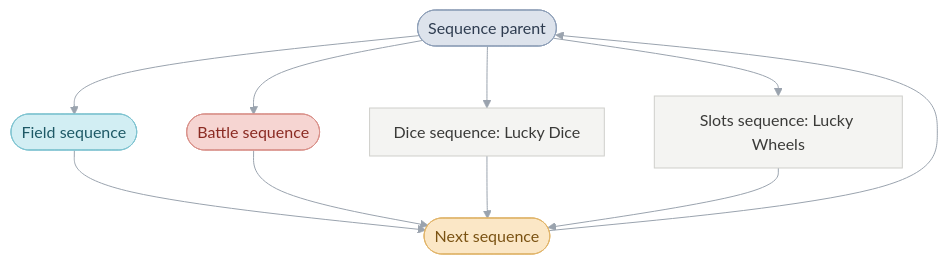
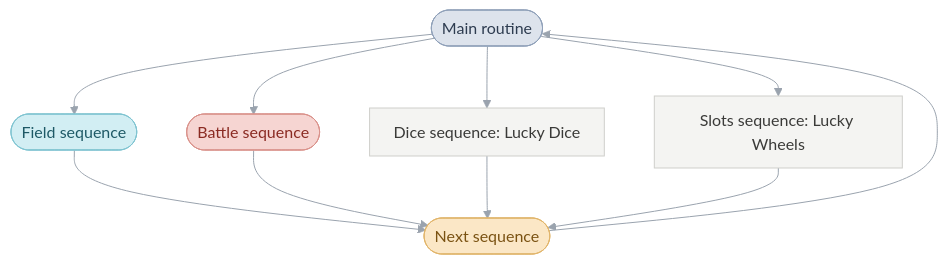
The third of 9 diagrams in games/tbs/README.md (PascalPixel/alchemy), drawn with Mermaid before and after one commit. The commit also changed other lines of this file and 1982 other files, not shown here.

First line of the commit message:
MainRoutine_Run: the main routine, the period's メインルーチン

````diff
--- a/games/tbs/README.md
+++ b/games/tbs/README.md
@@ -112,18 +112,18 @@
 ```mermaid
 %%{init: {"theme": "base", "themeVariables": {"lineColor": "#9AA3AE", "edgeLabelBackground": "#FFFFFF"}, "flowchart": {"curve": "basis", "padding": 12}}}%%
 flowchart TD
-  loop(["Sequence parent"]) --> scene(["Field sequence"]) & battle(["Battle sequence"]) & dice["Dice sequence: Lucky Dice"] & wheels["Slots sequence: Lucky Wheels"]
+  loop(["Main routine"]) --> scene(["Field sequence"]) & battle(["Battle sequence"]) & dice["Dice sequence: Lucky Dice"] & wheels["Slots sequence: Lucky Wheels"]
   scene & battle & dice & wheels --> back(["Next sequence"])
   back --> loop
-  classDef sequenceParent fill:#DDE3EC,stroke:#8FA0B8,color:#2E3C50
+  classDef mainRoutine fill:#DDE3EC,stroke:#8FA0B8,color:#2E3C50
   classDef fieldSequence fill:#D2EEF3,stroke:#7FC3D0,color:#1E5966
   classDef battle fill:#F6D5D2,stroke:#D9928B,color:#8A2A22
   classDef sceneLoop fill:#D3EBD9,stroke:#8DC49E,color:#25603A
   classDef request fill:#FBE7C6,stroke:#E0B46A,color:#7A5212
   classDef step fill:#F4F4F2,stroke:#CFCFCB,color:#3A3A38
-  class loop sequenceParent
+  class loop mainRoutine
   class scene fieldSequence
   class back request
   class battle battle
   class dice,wheels step
 ```
````
